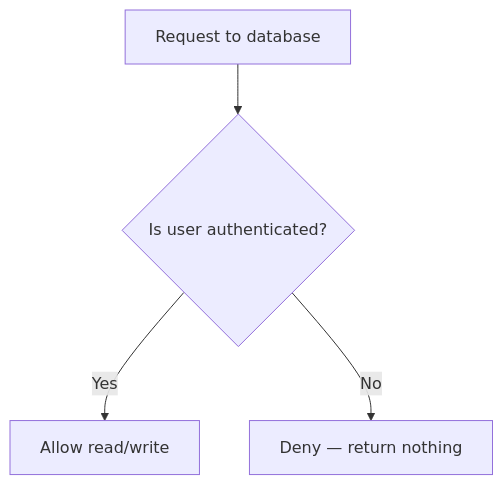
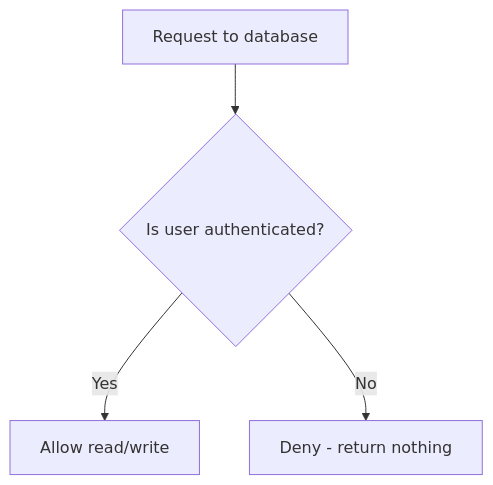
One commit to wongjinar-ai/expample changed the sixth of 7 diagrams in learning/02-backend.md. Above: the diagram before and after it, drawn with Mermaid. The commit also changed other lines of this file and 24 other files, not shown here.

````diff
--- a/learning/02-backend.md
+++ b/learning/02-backend.md
@@ -171,6 +171,6 @@
 ```mermaid
 flowchart TD
     Request[Request to database] --> Check{Is user authenticated?}
     Check -->|Yes| Allow[Allow read/write]
-    Check -->|No| Deny[Deny — return nothing]
+    Check -->|No| Deny[Deny - return nothing]
 ```
````
